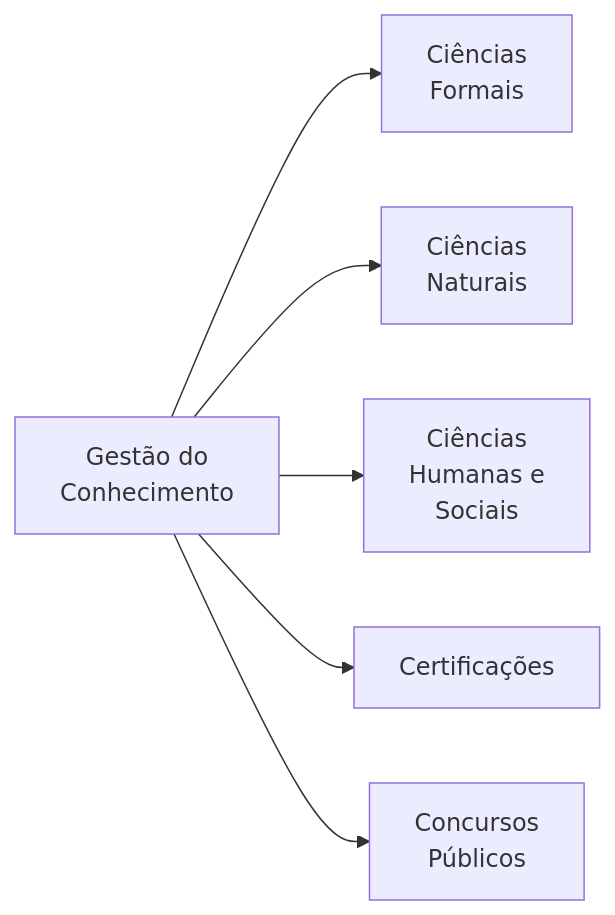
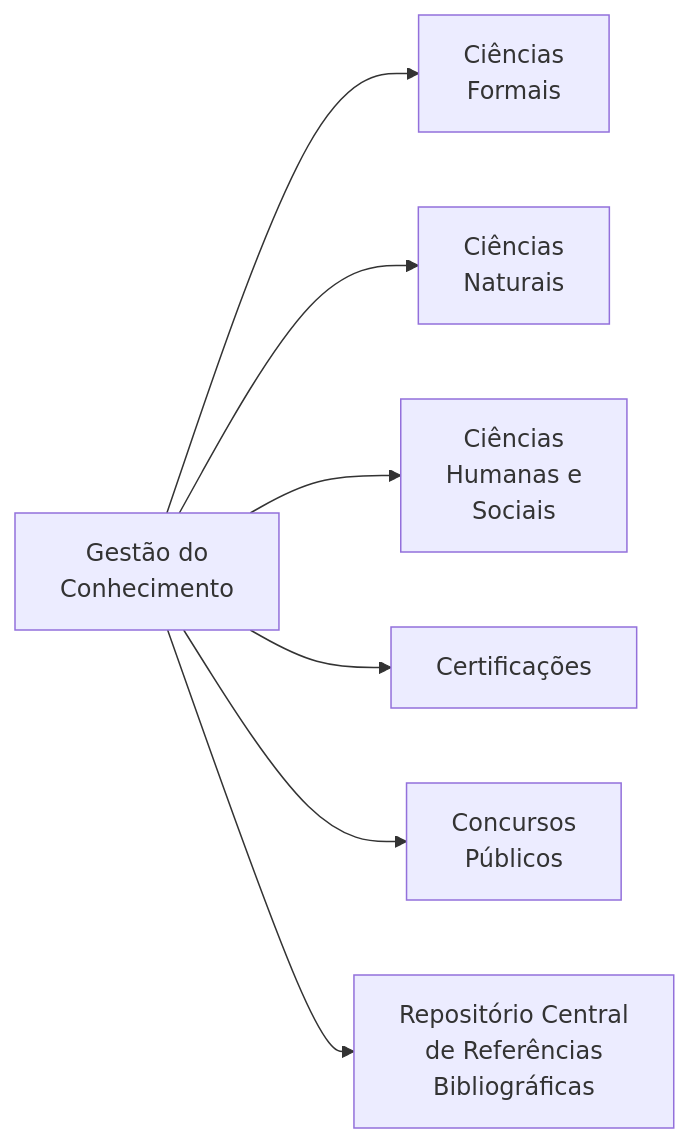
One commit to dnlclaudino/gestao-do-conhecimento changed the third of 6 diagrams in README.md. Above: the diagram before and after it, drawn with Mermaid. The commit also changed other lines of this file, not shown here.

````diff
--- a/README.md
+++ b/README.md
@@ -76,8 +76,9 @@
 ```mermaid
 graph LR;
 A[Gestão do<br>Conhecimento ]-->CF[Ciências<br>Formais];
   A-->CN[Ciências<br>Naturais];
   A-->CHS[Ciências<br>Humanas e<br>Sociais]
   A-->CERT[Certificações];
   A-->CP[Concursos<br>Públicos];
+  A-->RCRB[Repositório Central<br>de Referências<br>Bibliográficas]
 ```
````
